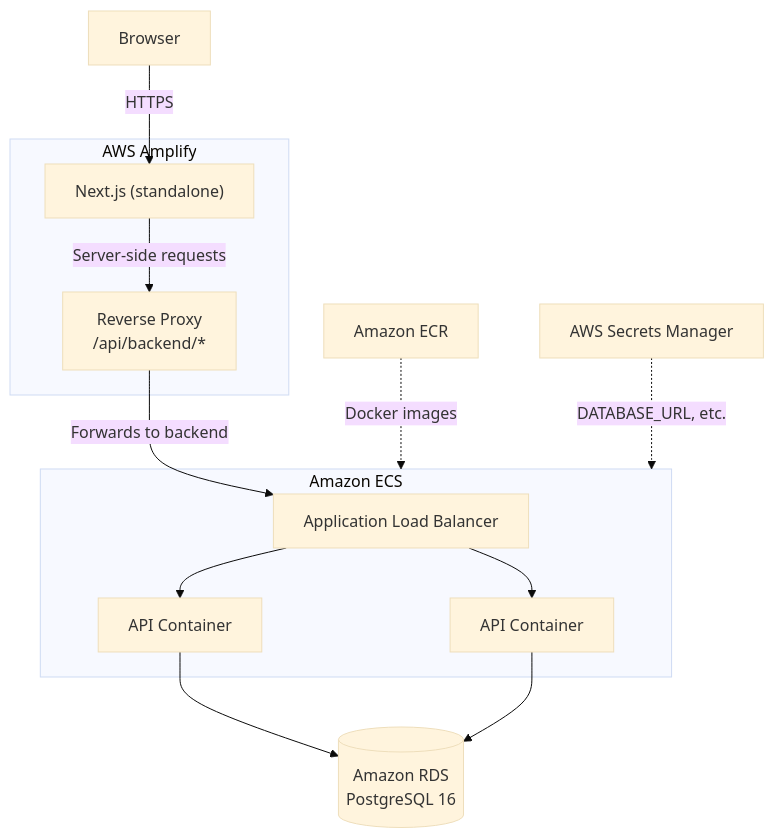
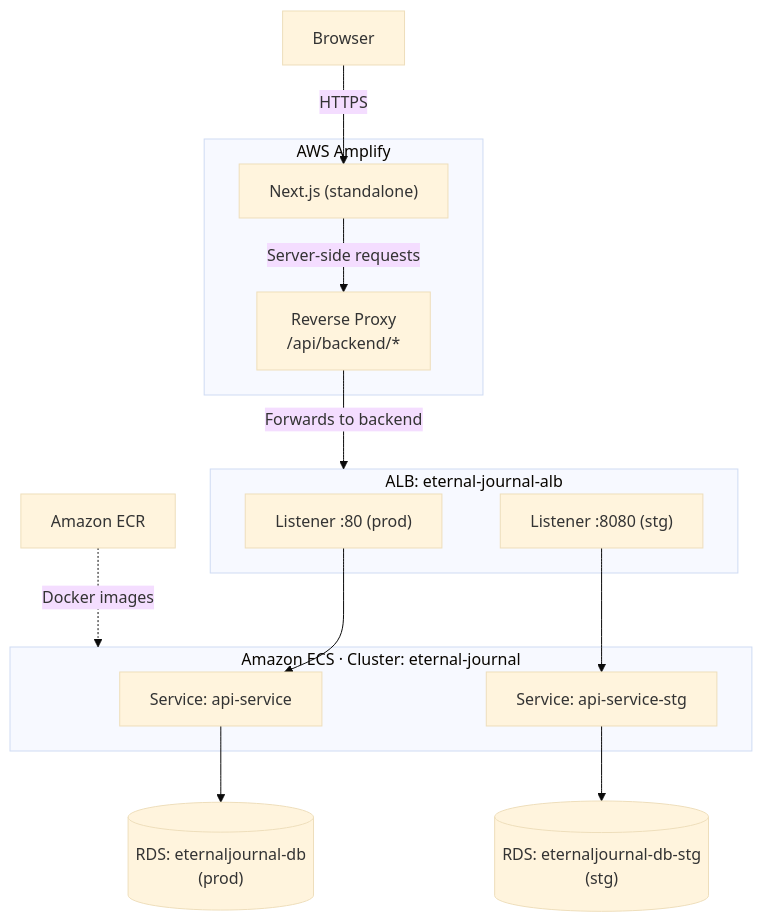
The second of 2 diagrams in README.md (carlosmori/eternal-journal), drawn with Mermaid (base theme) before and after one commit. The commit also changed other lines of this file and 3 other files, not shown here.

````diff
--- a/README.md
+++ b/README.md
@@ -77,29 +79,32 @@
 ```mermaid
 flowchart TB
     Browser[Browser]
 
     subgraph amplify ["AWS Amplify"]
         NextJS["Next.js (standalone)"]
         Proxy["Reverse Proxy\n/api/backend/*"]
     end
 
-    subgraph ecs ["Amazon ECS"]
-        ALB[Application Load Balancer]
-        API1[API Container]
-        API2[API Container]
+    subgraph alb ["ALB: eternal-journal-alb"]
+        Listener80["Listener :80 (prod)"]
+        Listener8080["Listener :8080 (stg)"]
+    end
+
+    subgraph ecs ["Amazon ECS · Cluster: eternal-journal"]
+        SvcProd["Service: api-service"]
+        SvcStg["Service: api-service-stg"]
     end
 
     ECR[Amazon ECR]
-    RDS[(Amazon RDS\nPostgreSQL 16)]
-    Secrets[AWS Secrets Manager]
+    RDSProd[("RDS: eternaljournal-db\n(prod)")]
+    RDSStg[("RDS: eternaljournal-db-stg\n(stg)")]
 
     Browser -->|HTTPS| NextJS
     NextJS -->|Server-side requests| Proxy
-    Proxy -->|Forwards to backend| ALB
-    ALB --> API1
-    ALB --> API2
+    Proxy -->|"Forwards to backend"| alb
+    Listener80 --> SvcProd
+    Listener8080 --> SvcStg
     ECR -.->|Docker images| ecs
-    API1 --> RDS
-    API2 --> RDS
-    Secrets -.->|DATABASE_URL, etc.| ecs
+    SvcProd --> RDSProd
+    SvcStg --> RDSStg
 ```
````
